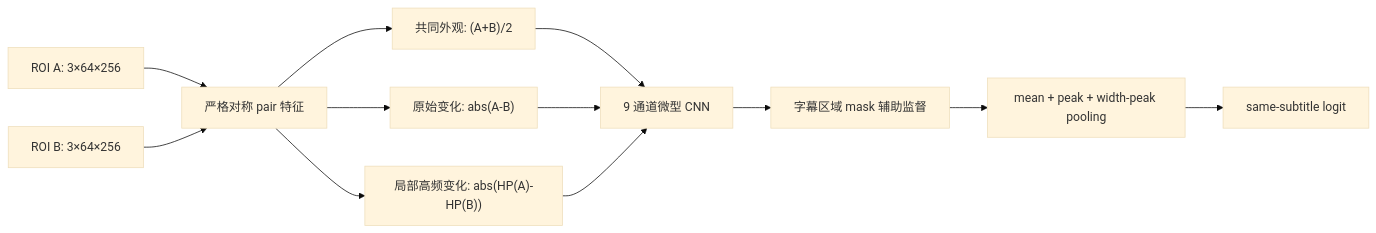
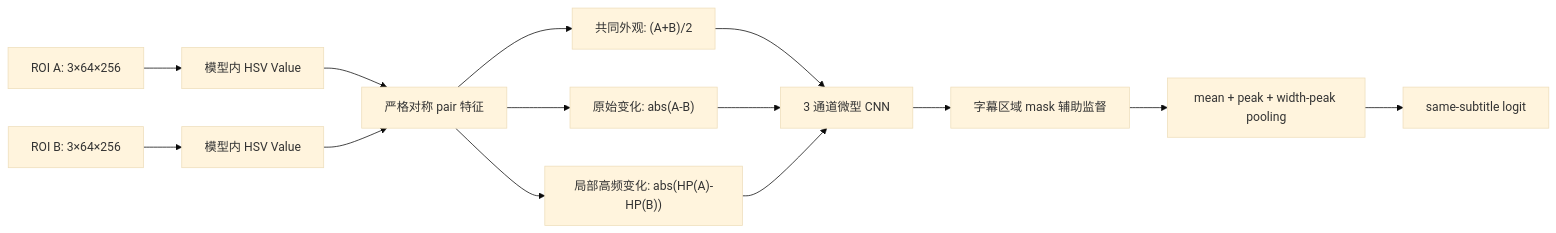
The first of 4 diagrams in docs/roi_pair_matcher_optimization.md (weidix/subfast-net), drawn with Mermaid (base theme) before and after one commit. The commit also changed other lines of this file and 8 other files, not shown here.

````diff
--- a/docs/roi_pair_matcher_optimization.md
+++ b/docs/roi_pair_matcher_optimization.md
@@ -16,14 +16,16 @@
 ```mermaid
 flowchart LR
-    A["ROI A: 3×64×256"] --> C["严格对称 pair 特征"]
-    B["ROI B: 3×64×256"] --> C
+    A["ROI A: 3×64×256"] --> AV["模型内 HSV Value"]
+    B["ROI B: 3×64×256"] --> BV["模型内 HSV Value"]
+    AV --> C["严格对称 pair 特征"]
+    BV --> C
     C --> C1["共同外观: (A+B)/2"]
     C --> C2["原始变化: abs(A-B)"]
     C --> C3["局部高频变化: abs(HP(A)-HP(B))"]
-    C1 --> D["9 通道微型 CNN"]
+    C1 --> D["3 通道微型 CNN"]
     C2 --> D
     C3 --> D
     D --> E["字幕区域 mask 辅助监督"]
     E --> F["mean + peak + width-peak pooling"]
     F --> G["same-subtitle logit"]
 ```
````
